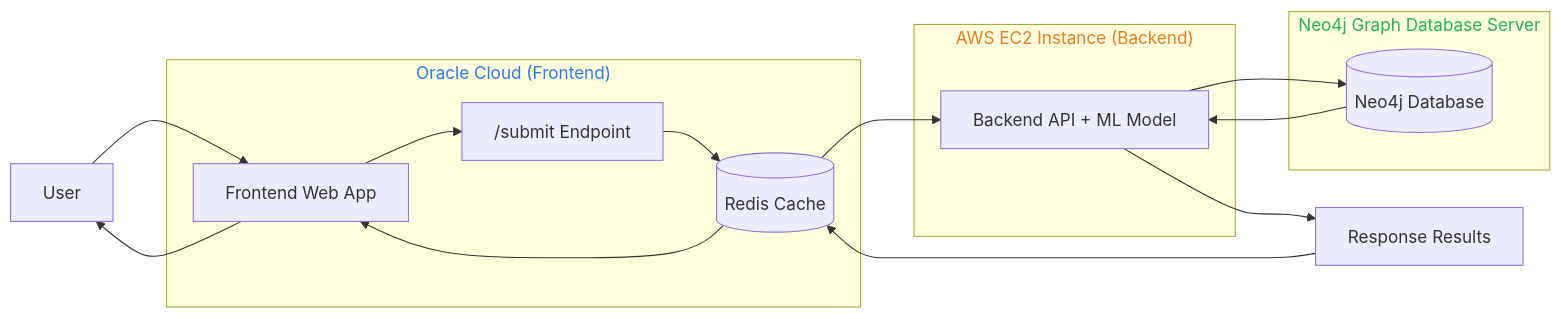
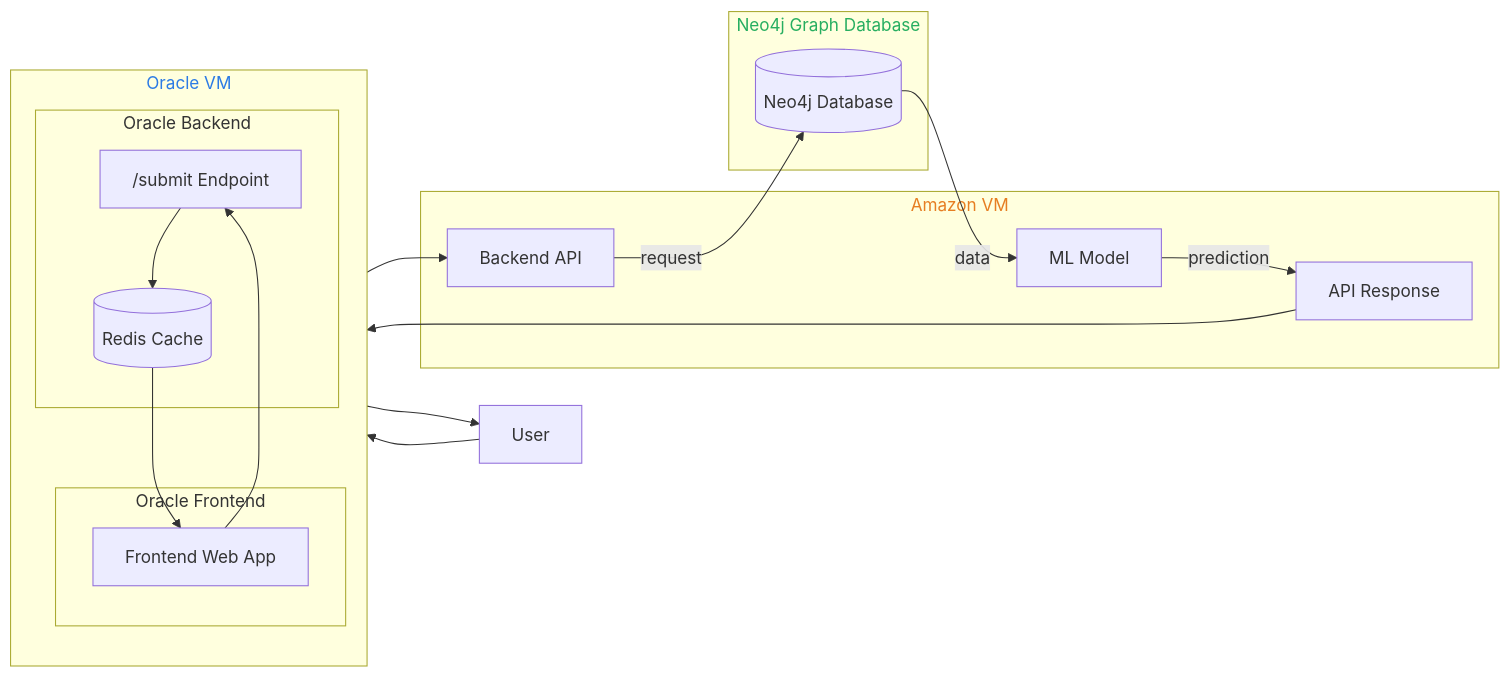
One commit to thesteau/bitguard changed the second of 2 diagrams in README.md. Above: the diagram before and after it, drawn with Mermaid.

Commit message:
Revise diagram

````diff
--- a/README.md
+++ b/README.md
@@ -73,32 +73,39 @@
 ```mermaid
 flowchart LR
 
 U[User]
 
-subgraph Oracle["<span style='color:#2c7be5'>Oracle Cloud (Frontend)</span>"]
-    FE[Frontend Web App]
-    SUBMIT["/submit Endpoint"]
-    CACHE[(Redis Cache)]
+subgraph Oracle["<span style='color:#2c7be5'>Oracle VM</span>"]
+    direction TB
+
+    subgraph OracleFrontend["Oracle Frontend"]
+        FE[Frontend Web App]
+    end
+
+    subgraph OracleBackend["Oracle Backend"]
+        SUBMIT["/submit Endpoint"]
+        CACHE[(Redis Cache)]
+    end
 end
 
-subgraph AWS["<span style='color:#e67e22'>AWS EC2 Instance (Backend)</span>"]
-    API[Backend API + ML Model]
+subgraph AWS["<span style='color:#e67e22'>Amazon VM</span>"]
+    API[Backend API]
+    MODEL[ML Model]
+    APIRESP[API Response]
 end
 
-subgraph Graph["<span style='color:#27ae60'>Neo4j Graph Database Server</span>"]
+subgraph Graph["<span style='color:#27ae60'>Neo4j Graph Database</span>"]
     DB[(Neo4j Database)]
 end
-
-R[Response Results]
 
 U --> FE
 FE --> SUBMIT
 SUBMIT --> CACHE
 CACHE --> API
-API --> DB
-DB --> API
-API --> R
-R --> CACHE
+API -- request --> DB
+DB -- data --> MODEL
+MODEL -- prediction --> APIRESP
+APIRESP --> CACHE
 CACHE --> FE
 FE --> U
 ```
````
